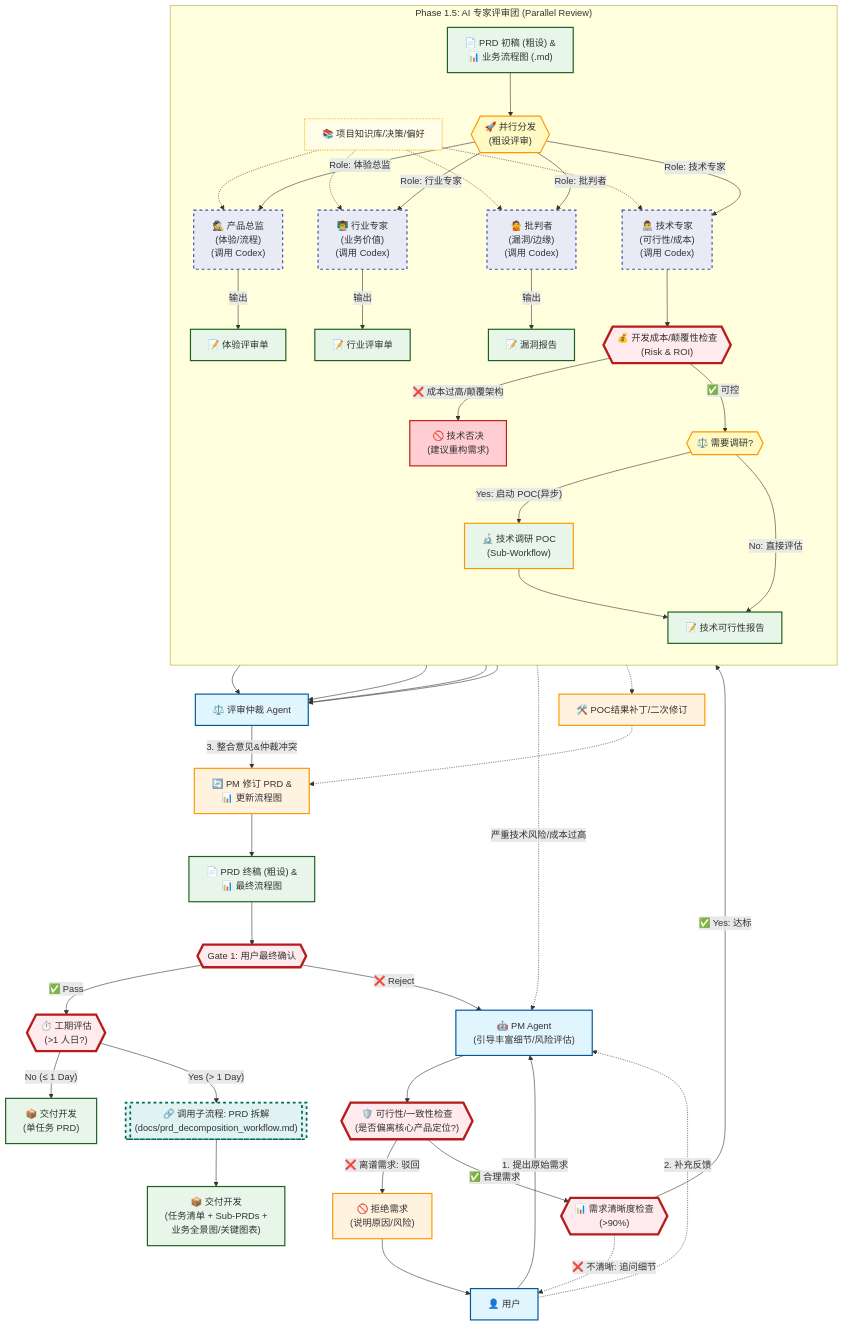
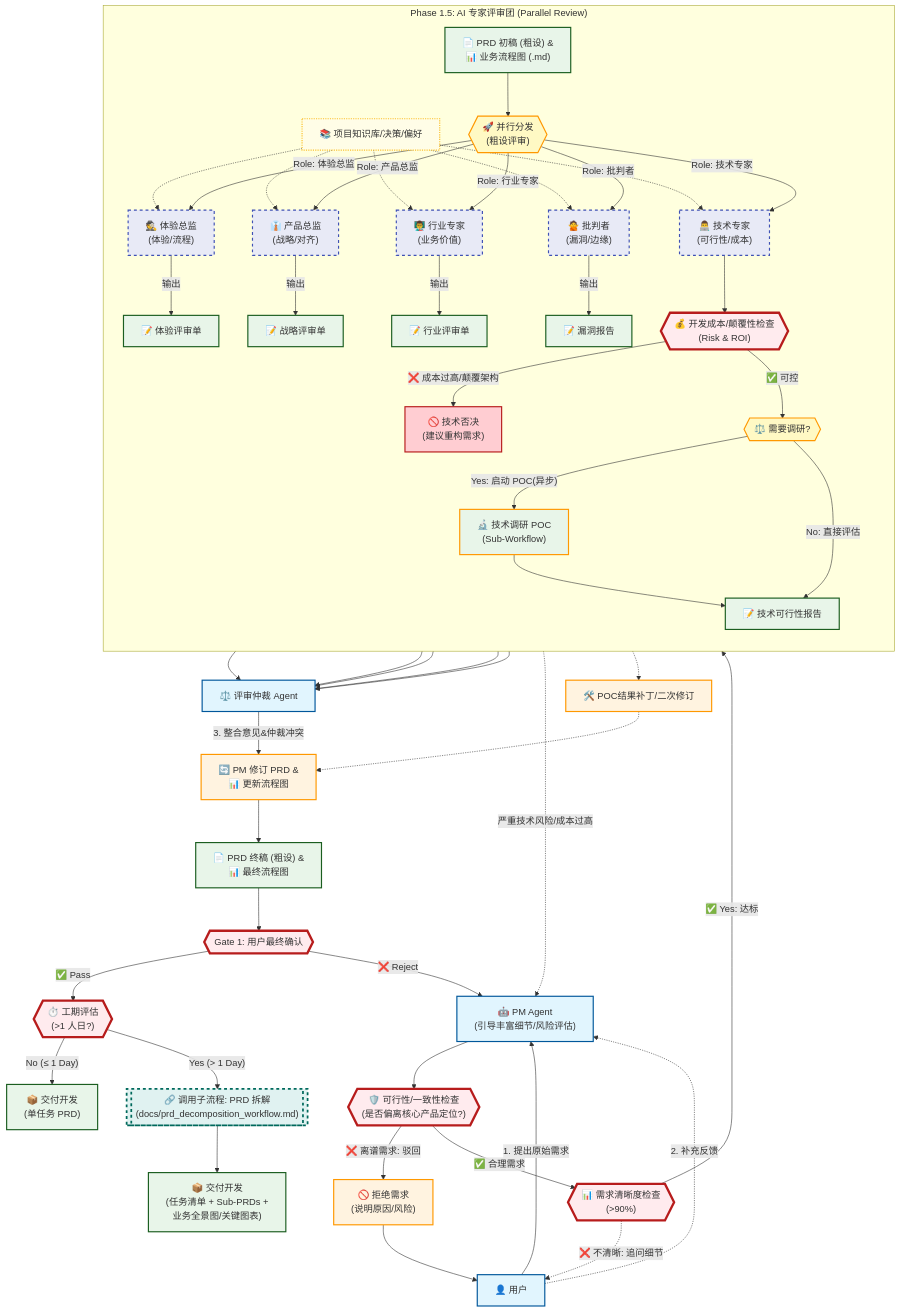
One commit to flockmaster/AgentOS changed the diagram in docs/01_Workflow_Expert_Review.md. Above: the diagram before and after it, drawn with Mermaid. The commit also changed 7 other files, not shown here.

Commit message:
release(v4.7): update documentation and setup for new architecture

```diff
--- a/docs/01_Workflow_Expert_Review.md
+++ b/docs/01_Workflow_Expert_Review.md
@@ -29,24 +29,29 @@
         %% 知识库输入
         Memory["📚 项目知识库/决策/偏好"]:::memory
         Memory -.-> RoleUX
+        Memory -.-> RolePD
         Memory -.-> RoleDomain
         Memory -.-> RoleCritic
         Memory -.-> RoleTech
 
         %% 角色 1: 体验总监
-        Dispatcher --> |"Role: 体验总监"| RoleUX["🕵️ 产品总监<br/>(体验/流程)<br/>(调用 Codex)"]:::role
+        Dispatcher --> |"Role: 体验总监"| RoleUX["🕵️ 体验总监<br/>(体验/流程)"]:::role
         RoleUX --> |"输出"| ReviewUX["📝 体验评审单"]:::artifact
+
+        %% 角色 1.5: 产品总监
+        Dispatcher --> |"Role: 产品总监"| RolePD["👔 产品总监<br/>(战略/对齐)"]:::role
+        RolePD --> |"输出"| ReviewPD["📝 战略评审单"]:::artifact
         
         %% 角色 2: 行业专家
-        Dispatcher --> |"Role: 行业专家"| RoleDomain["👨‍🏫 行业专家<br/>(业务价值)<br/>(调用 Codex)"]:::role
+        Dispatcher --> |"Role: 行业专家"| RoleDomain["👨‍🏫 行业专家<br/>(业务价值)"]:::role
         RoleDomain --> |"输出"| ReviewDomain["📝 行业评审单"]:::artifact
         
         %% 角色 3: 批判者
-        Dispatcher --> |"Role: 批判者"| RoleCritic["🙅 批判者<br/>(漏洞/边缘)<br/>(调用 Codex)"]:::role
+        Dispatcher --> |"Role: 批判者"| RoleCritic["🙅 批判者<br/>(漏洞/边缘)"]:::role
         RoleCritic --> |"输出"| ReviewCritic["📝 漏洞报告"]:::artifact
         
         %% 角色 4: 技术专家 (含分支流程)
-        Dispatcher --> |"Role: 技术专家"| RoleTech["👨‍💻 技术专家<br/>(可行性/成本)<br/>(调用 Codex)"]:::role
+        Dispatcher --> |"Role: 技术专家"| RoleTech["👨‍💻 技术专家<br/>(可行性/成本)"]:::role
         
         RoleTech --> CostCheck{{"💰 开发成本/颠覆性检查<br/>(Risk & ROI)"}}:::gate
         CostCheck -- "❌ 成本过高/颠覆架构" --> TechReject["🚫 技术否决<br/>(建议重构需求)"]:::process
@@ -59,6 +64,7 @@
 
     %% 第一轮汇聚
     ReviewUX --> Aggregator["⚖️ 评审仲裁 Agent"]:::actor
+    ReviewPD --> Aggregator
     ReviewDomain --> Aggregator
     ReviewCritic --> Aggregator
     TechReport --> Aggregator
```
